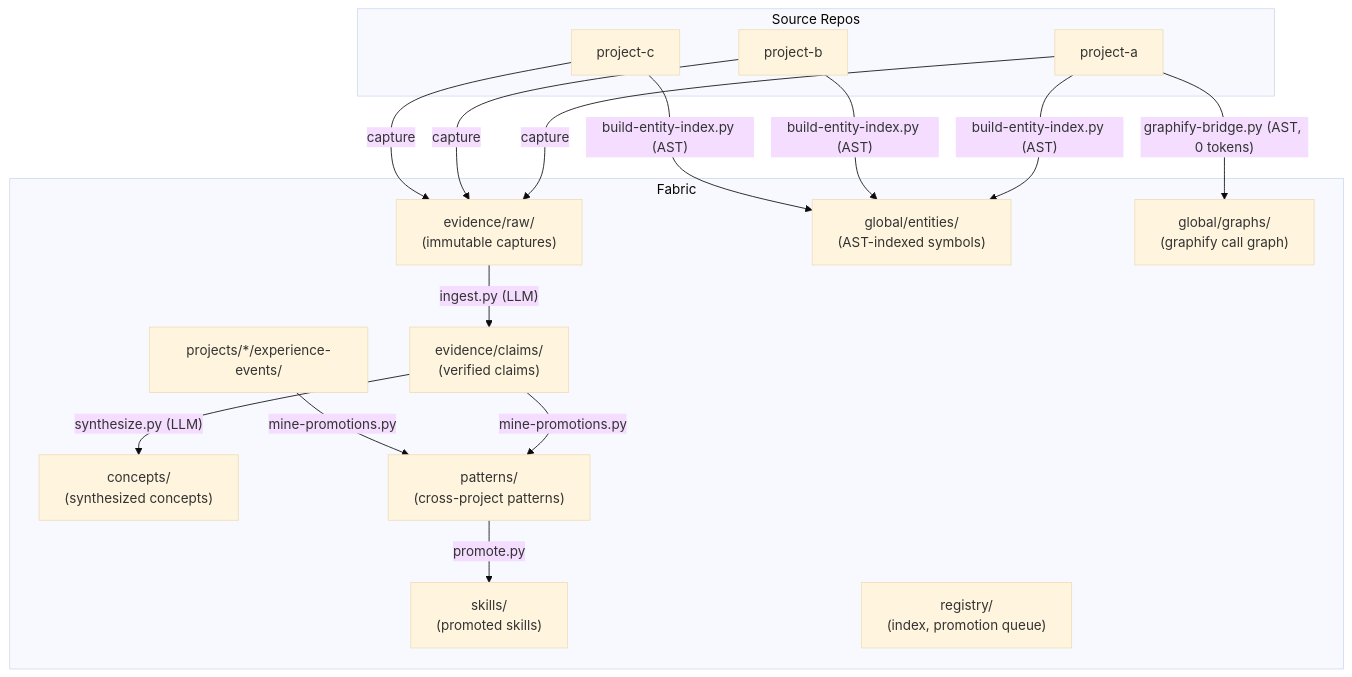
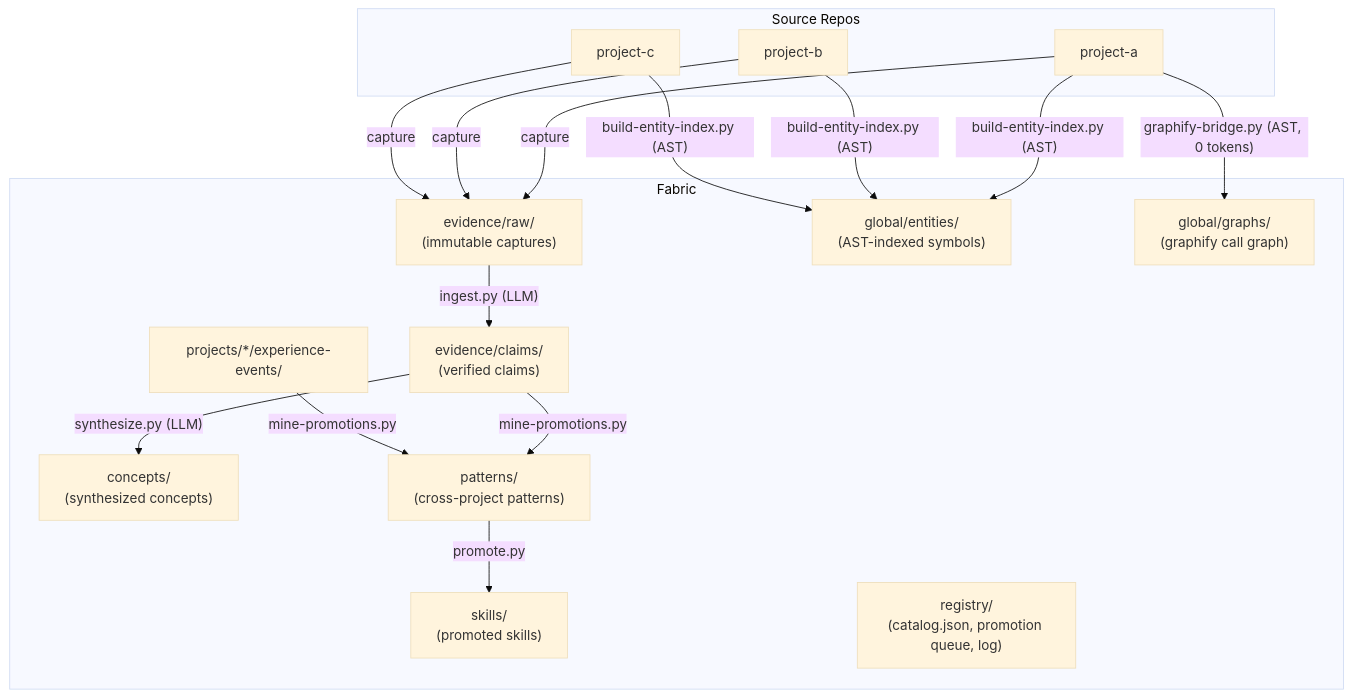
The first of 10 diagrams in README.md (hybridindie/wiki-fabric), drawn with Mermaid (base theme) before and after one commit. The commit also changed other lines of this file and 4 other files, not shown here.

Commit message:
docs: context skill added (6 skills), refresh+ingest skills reference catalog.json, README catalog refs updated; registry/log reset to clean seed (test artifacts removed)

````diff
--- a/README.md
+++ b/README.md
@@ -186,29 +186,29 @@
 ```mermaid
 graph TB
     subgraph "Source Repos"
         R1["project-a"]
         R2["project-b"]
         R3["project-c"]
     end
 
     subgraph "Fabric"
         RAW["evidence/raw/<br/>(immutable captures)"]
         CLAIMS["evidence/claims/<br/>(verified claims)"]
         CONCEPTS["concepts/<br/>(synthesized concepts)"]
         PATTERNS["patterns/<br/>(cross-project patterns)"]
         SKILLS["skills/<br/>(promoted skills)"]
         EVENTS["projects/*/experience-events/"]
         ENTITIES["global/entities/<br/>(AST-indexed symbols)"]
         GRAPHS["global/graphs/<br/>(graphify call graph)"]
-        REGISTRY["registry/<br/>(index, promotion queue)"]
+        REGISTRY["registry/<br/>(catalog.json, promotion queue, log)"]
     end
 
     R1 & R2 & R3 -->|capture| RAW
     RAW -->|"ingest.py (LLM)"| CLAIMS
     CLAIMS -->|"synthesize.py (LLM)"| CONCEPTS
     CLAIMS -->|"mine-promotions.py"| PATTERNS
     PATTERNS -->|"promote.py"| SKILLS
     R1 & R2 & R3 -->|"build-entity-index.py (AST)"| ENTITIES
     R1 -->|"graphify-bridge.py (AST, 0 tokens)"| GRAPHS
     EVENTS -->|"mine-promotions.py"| PATTERNS
 ```
````
